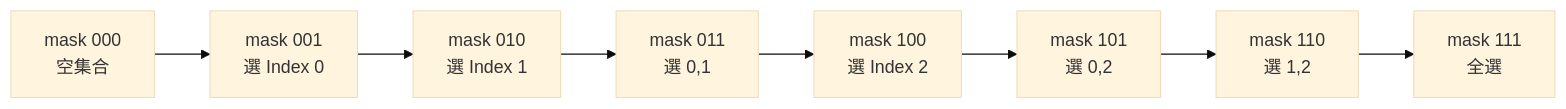
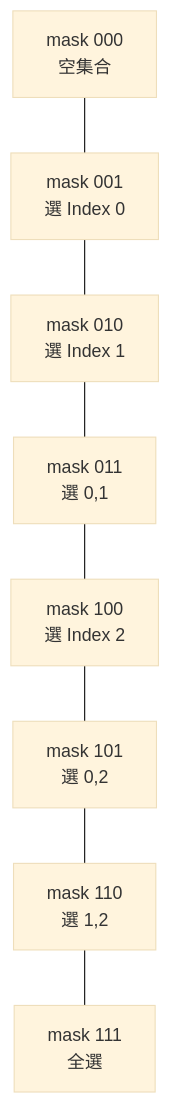
Before and after one commit to davidchen0970/algorithm_note: the fifth of 12 diagrams in 03_core_patterns/11_enumeration_bruteforce.md, drawn with Mermaid (base theme). The commit also changed other lines of this file, not shown here.

````diff
--- a/03_core_patterns/11_enumeration_bruteforce.md
+++ b/03_core_patterns/11_enumeration_bruteforce.md
@@ -376,12 +378,12 @@
 ```mermaid
-flowchart LR
+flowchart TD
     M0[mask 000<br/>空集合]
     M1[mask 001<br/>選 Index 0]
     M2[mask 010<br/>選 Index 1]
     M3[mask 011<br/>選 0,1]
     M4[mask 100<br/>選 Index 2]
     M5[mask 101<br/>選 0,2]
     M6[mask 110<br/>選 1,2]
     M7[mask 111<br/>全選]
-    M0 --> M1 --> M2 --> M3 --> M4 --> M5 --> M6 --> M7
+    M0 --- M1 --- M2 --- M3 --- M4 --- M5 --- M6 --- M7
 ```
````
